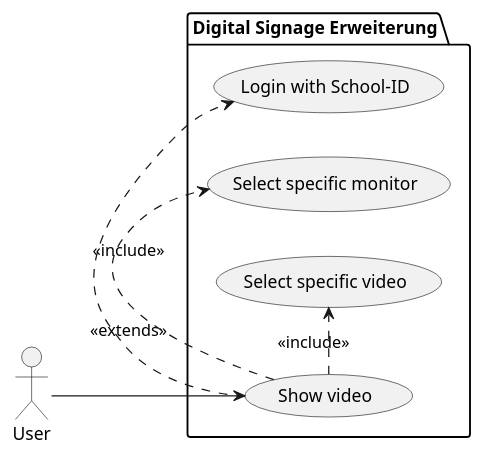
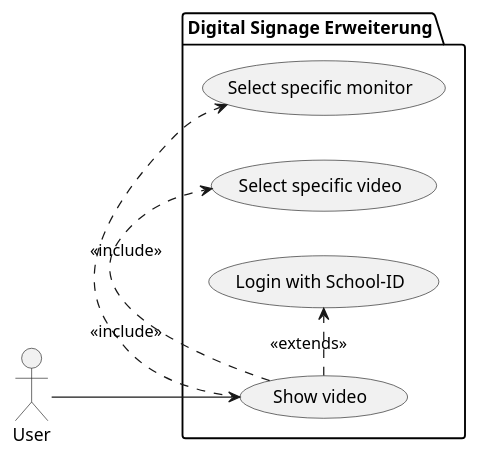
One commit to danielandricic/digital-signage-on-demand-videos-slides changed the first of 2 diagrams in asciidocs/system-specification.adoc. Above: the diagram before and after it, drawn with PlantUML. The commit also changed other lines of this file and 36 other files, not shown here.

```diff
--- a/asciidocs/system-specification.adoc
+++ b/asciidocs/system-specification.adoc
@@ -66,20 +63,20 @@
 [plantuml, usecase-diagram, png]
 ----
 @startuml
 left to right direction
 
 actor User as u
 
 package "Digital Signage Erweiterung" {
     usecase "Login with School-ID" as sid
     usecase "Show video" as stv
     usecase "Select specific monitor" as slm
     usecase "Select specific video" as slv
 }
 
 u --> stv
-stv .> sid : <<extends>>
 stv .> slm : <<include>>
 stv .> slv : <<include>>
+stv .> sid : <<extends>>
 @enduml
 ----
```
